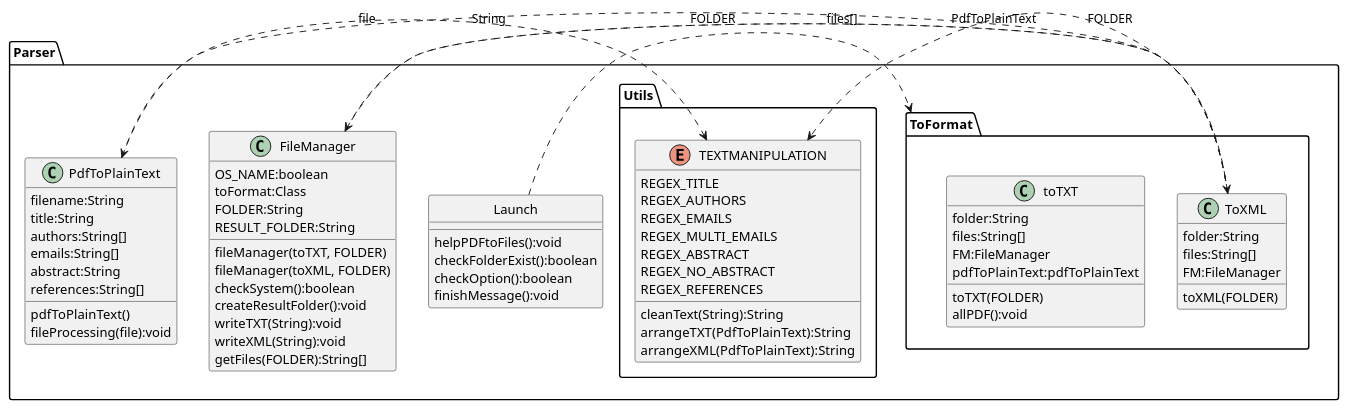
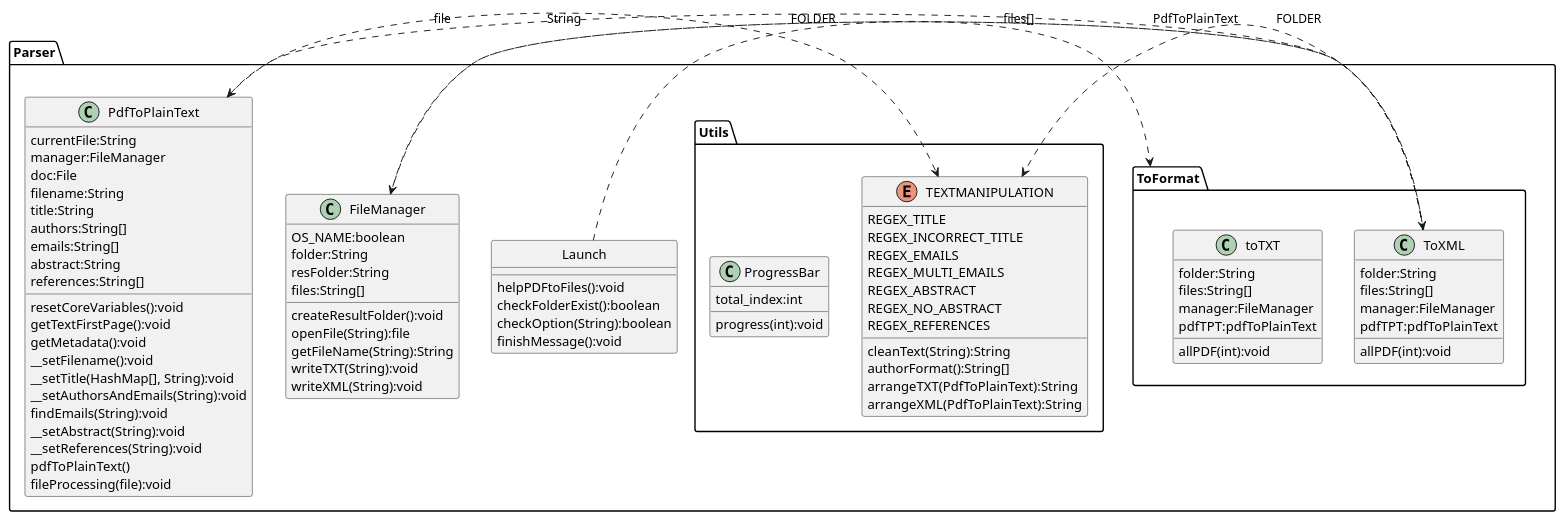
The diagram in docs/Sprint3_parser.puml (guilhemmazoyer/Parseur_lbgl), drawn with PlantUML before and after one commit. The commit also changed 1 other file, not shown here.

Commit message:
Ajout d'une méthode pour l'affichage de fin. Actualisation de l'UML.

```diff
--- a/docs/Sprint3_parser.puml
+++ b/docs/Sprint3_parser.puml
@@ -1,79 +1,95 @@
-@startuml
+@startuml Parser
 
 package Parser {
 	class Launch {
 		helpPDFtoFiles():void
 		checkFolderExist():boolean
-		checkOption():boolean
+		checkOption(String):boolean
 		finishMessage():void
 	}
 
 	class PdfToPlainText {
+		currentFile:String
+		manager:FileManager
+		doc:File
 		filename:String
 		title:String
 		authors:String[]
 		emails:String[]
 		abstract:String
 		references:String[]
+		resetCoreVariables():void
+		getTextFirstPage():void
+		getMetadata():void
+		__setFilename():void
+		__setTitle(HashMap[], String):void
+		__setAuthorsAndEmails(String):void
+		findEmails(String):void
+		__setAbstract(String):void
+		__setReferences(String):void
 		pdfToPlainText()
 		fileProcessing(file):void
 	}
 
 	class FileManager {
 		OS_NAME:boolean
-		toFormat:Class
-		FOLDER:String
-		RESULT_FOLDER:String
-		fileManager(toTXT, FOLDER)
-		fileManager(toXML, FOLDER)
-		checkSystem():boolean
+		folder:String
+		resFolder:String
+		files:String[]
 		createResultFolder():void
+		openFile(String):file
+		getFileName(String):String
 		writeTXT(String):void
 		writeXML(String):void
-		getFiles(FOLDER):String[]
 	}
 
 	package ToFormat {
 		class toTXT{
 			folder:String
 			files:String[]
-			FM:FileManager
-			pdfToPlainText:pdfToPlainText
-			toTXT(FOLDER)
-			allPDF():void
+			manager:FileManager
+			pdfTPT:pdfToPlainText
+			allPDF(int):void
 		}
 	
 		class ToXML{
 			folder:String
 			files:String[]
-			FM:FileManager
-			toXML(FOLDER)
+			manager:FileManager
+			pdfTPT:pdfToPlainText
+			allPDF(int):void
 		}
 	}
 
 	package Utils {
 		enum TEXTMANIPULATION {
 			REGEX_TITLE
-			REGEX_AUTHORS
+			REGEX_INCORRECT_TITLE
 			REGEX_EMAILS
 			REGEX_MULTI_EMAILS
 			REGEX_ABSTRACT
 			REGEX_NO_ABSTRACT
 			REGEX_REFERENCES
 			cleanText(String):String
+			authorFormat():String[]
 			arrangeTXT(PdfToPlainText):String
 			arrangeXML(PdfToPlainText):String
+		}
+
+		class ProgressBar {
+			total_index:int
+			progress(int):void
 		}
 	}
 }
 
 Launch .> ToFormat : FOLDER
 ToXML .> FileManager : FOLDER
 ToXML.> PdfToPlainText : file
 ToXML .> TEXTMANIPULATION : PdfToPlainText
 FileManager .> ToXML : files[]
 PdfToPlainText .> TEXTMANIPULATION : String
 
 hide Launch circle
 
 @enduml
```
